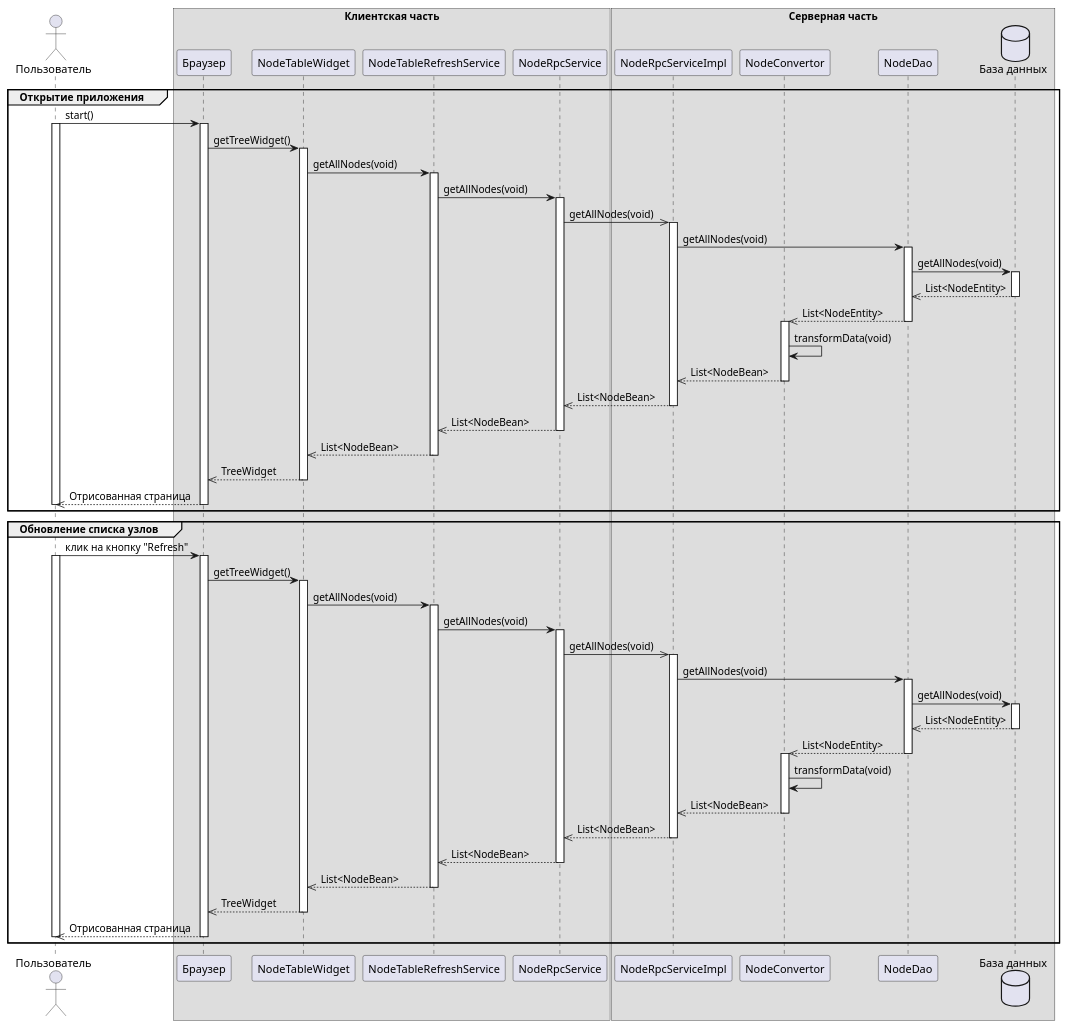
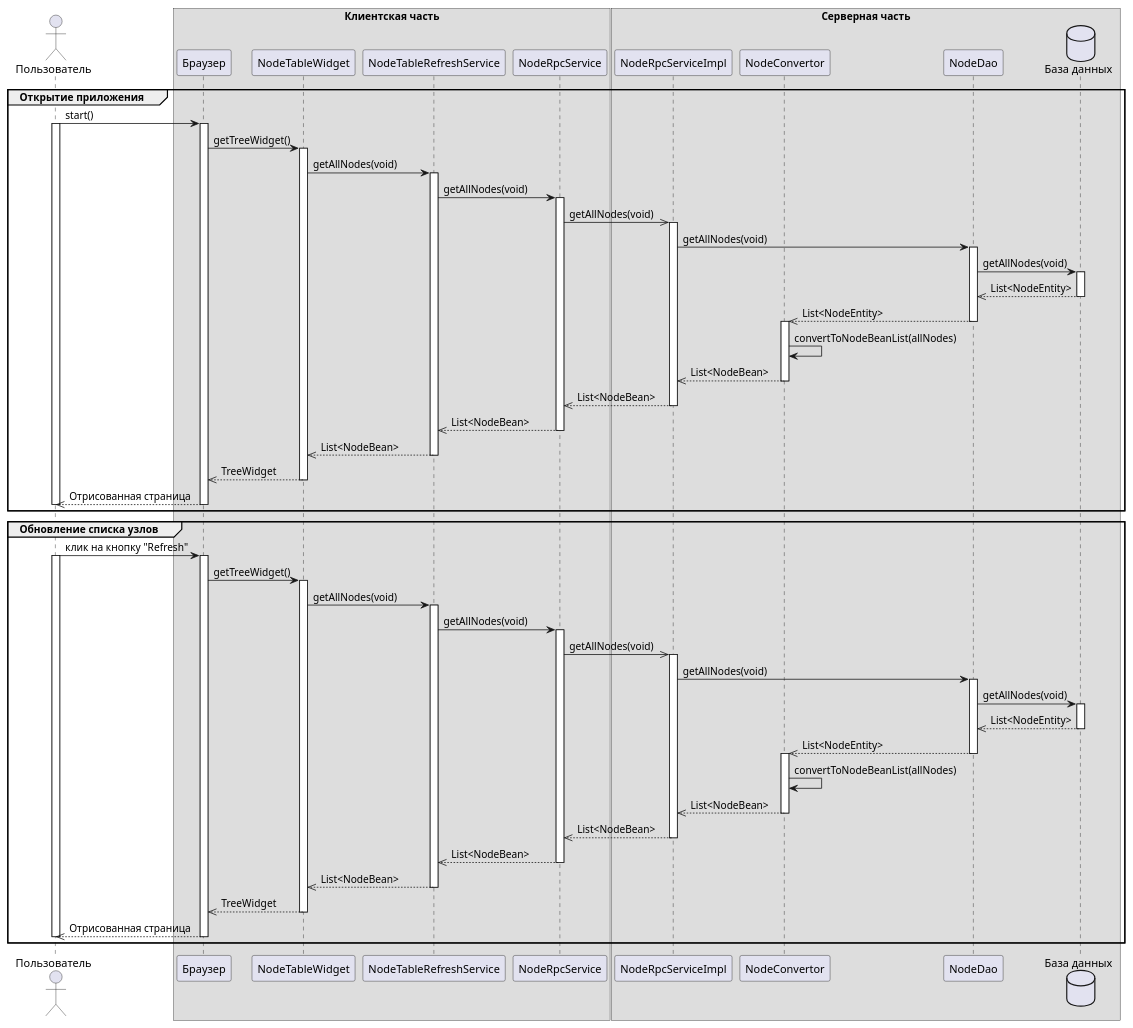
The diagram in docs/sequence-diagram.puml (dbespa/gwt-tree), drawn with PlantUML before and after one commit. The commit also changed 4 other files, not shown here.

Commit message:
Добавлена диаграмма классов

```diff
--- a/docs/sequence-diagram.puml
+++ b/docs/sequence-diagram.puml
@@ -1,66 +1,66 @@
 @startuml
 actor "Пользователь" as user
 box "Клиентская часть"
 participant "Браузер" as browser
 participant "NodeTableWidget" as widget
 participant "NodeTableRefreshService" as refreshService
 participant "NodeRpcService" as rpcService
 box end
 box "Серверная часть"
 participant "NodeRpcServiceImpl" as rpcServiceImpl
 participant "NodeConvertor" as converter
 participant "NodeDao" as dao
 database "База данных" as db
 box end
 
 group Открытие приложения
 
 user -> browser++:start()
 activate user
 browser -> widget++:getTreeWidget()
 widget -> refreshService++:getAllNodes(void)
 refreshService -> rpcService++:getAllNodes(void)
 rpcService ->> rpcServiceImpl++:getAllNodes(void)
 rpcServiceImpl -> dao++:getAllNodes(void)
 dao -> db++:getAllNodes(void)
 
 db -->> dao--:List<NodeEntity>
 dao -->> converter--:List<NodeEntity>
 activate converter
-converter -> converter: transformData(void)
+converter -> converter: convertToNodeBeanList(allNodes)
 converter -->> rpcServiceImpl--:List<NodeBean>
 rpcServiceImpl -->> rpcService--:List<NodeBean>
 rpcService -->> refreshService--:List<NodeBean>
 refreshService -->> widget--:List<NodeBean>
 widget -->> browser--:TreeWidget
 browser -->> user--:Отрисованная страница
 deactivate user
 
 end
 
 group Обновление списка узлов
 
 user -> browser++:клик на кнопку "Refresh"
 activate user
 browser -> widget++:getTreeWidget()
 widget -> refreshService++:getAllNodes(void)
 refreshService -> rpcService++:getAllNodes(void)
 rpcService ->> rpcServiceImpl++:getAllNodes(void)
 rpcServiceImpl -> dao++:getAllNodes(void)
 dao -> db++:getAllNodes(void)
 
 db -->> dao--:List<NodeEntity>
 dao -->> converter--:List<NodeEntity>
 activate converter
-converter -> converter: transformData(void)
+converter -> converter: convertToNodeBeanList(allNodes)
 converter -->> rpcServiceImpl--:List<NodeBean>
 rpcServiceImpl -->> rpcService--:List<NodeBean>
 rpcService -->> refreshService--:List<NodeBean>
 refreshService -->> widget--:List<NodeBean>
 widget -->> browser--:TreeWidget
 browser -->> user--:Отрисованная страница
 deactivate user
 
 end
 
 @enduml
```
